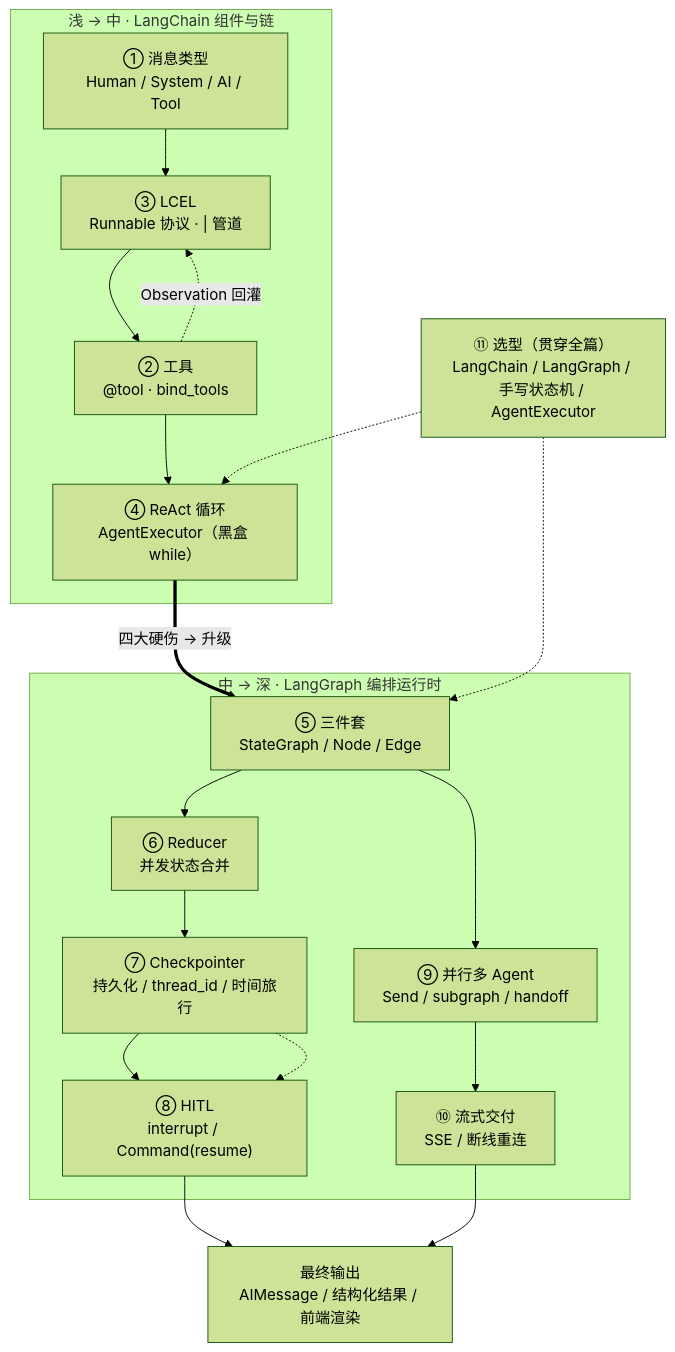
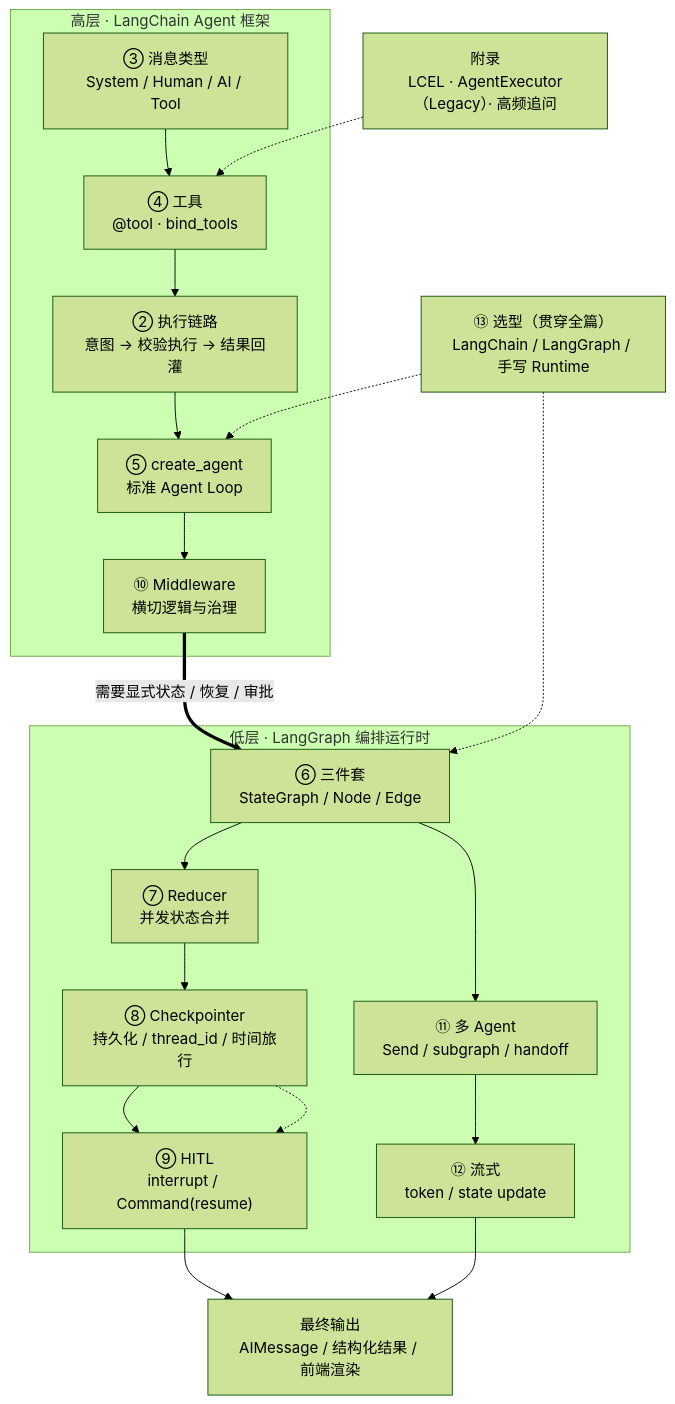
Before and after one commit to saohuahua/agent-doc-rspress: the diagram in docs/interview/agent/02-langchain-langgraph.md, drawn with Mermaid (forest theme). The commit also changed other lines of this file, not shown here.

First line of the commit message:
docs(interview): 重构 LangChain / LangGraph 面经为 Framework / Implementation 视角

````diff
--- a/docs/interview/agent/02-langchain-langgraph.md
+++ b/docs/interview/agent/02-langchain-langgraph.md
@@ -12,30 +12,33 @@
 ```mermaid
 flowchart TB
-    subgraph S1["浅 → 中 · LangChain 组件与链"]
-        A1["① 消息类型<br/>Human / System / AI / Tool"]
-        A2["③ LCEL<br/>Runnable 协议 · | 管道"]
-        A3["② 工具<br/>@tool · bind_tools"]
-        A4["④ ReAct 循环<br/>AgentExecutor（黑盒 while）"]
+    subgraph S1["高层 · LangChain Agent 框架"]
+        A1["③ 消息类型<br/>System / Human / AI / Tool"]
+        A2["④ 工具<br/>@tool · bind_tools"]
+        L["② 执行链路<br/>意图 → 校验执行 → 结果回灌"]
+        A3["⑤ create_agent<br/>标准 Agent Loop"]
+        A4["⑩ Middleware<br/>横切逻辑与治理"]
     end
-    subgraph S2["中 → 深 · LangGraph 编排运行时"]
-        B1["⑤ 三件套<br/>StateGraph / Node / Edge"]
-        B2["⑥ Reducer<br/>并发状态合并"]
-        B3["⑦ Checkpointer<br/>持久化 / thread_id / 时间旅行"]
-        B4["⑧ HITL<br/>interrupt / Command(resume)"]
-        B5["⑨ 并行多 Agent<br/>Send / subgraph / handoff"]
-        B6["⑩ 流式交付<br/>SSE / 断线重连"]
+    subgraph S2["低层 · LangGraph 编排运行时"]
+        B1["⑥ 三件套<br/>StateGraph / Node / Edge"]
+        B2["⑦ Reducer<br/>并发状态合并"]
+        B3["⑧ Checkpointer<br/>持久化 / thread_id / 时间旅行"]
+        B4["⑨ HITL<br/>interrupt / Command(resume)"]
+        B5["⑪ 多 Agent<br/>Send / subgraph / handoff"]
+        B6["⑫ 流式<br/>token / state update"]
     end
     OUT["最终输出<br/>AIMessage / 结构化结果 / 前端渲染"]
-    X["⑪ 选型（贯穿全篇）<br/>LangChain / LangGraph / 手写状态机 / AgentExecutor"]
+    X["⑬ 选型（贯穿全篇）<br/>LangChain / LangGraph / 手写 Runtime"]
+    APX["附录<br/>LCEL · AgentExecutor（Legacy）· 高频追问"]
 
-    A1 --> A2 --> A3 --> A4
-    A3 -.->|"Observation 回灌"| A2
-    A4 ==>|"四大硬伤 → 升级"| B1
+    A1 --> A2 --> L --> A3
+    A3 --> A4
+    A4 ==>|"需要显式状态 / 恢复 / 审批"| B1
     B1 --> B2 --> B3 --> B4
     B1 --> B5 --> B6
     B3 -.-> B4
     B4 --> OUT
     B6 --> OUT
-    X -.-> A4
+    X -.-> A3
     X -.-> B1
+    APX -.-> A2
 ```
````
